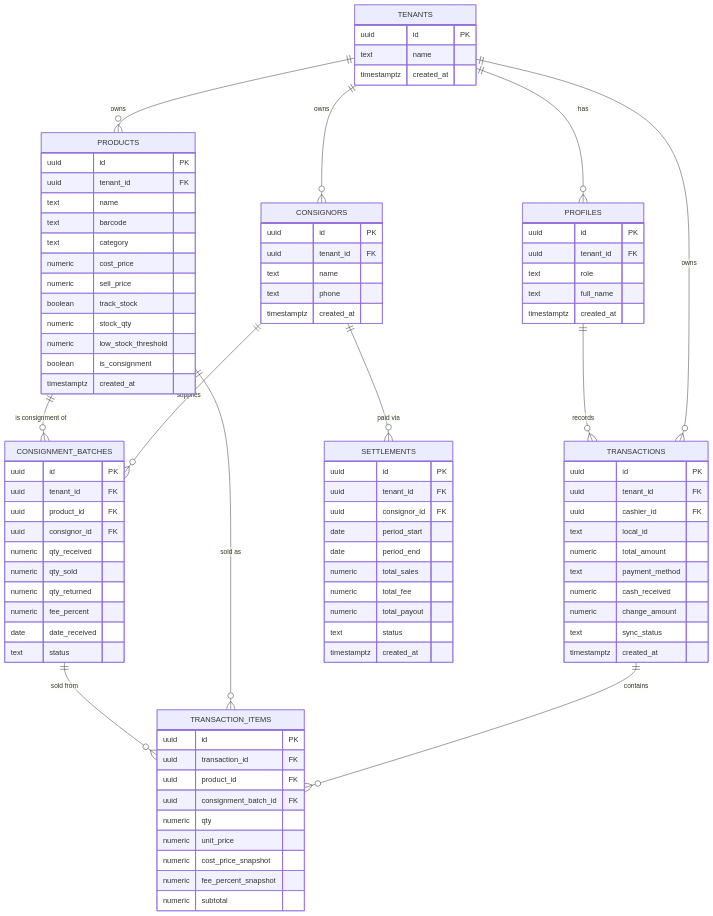
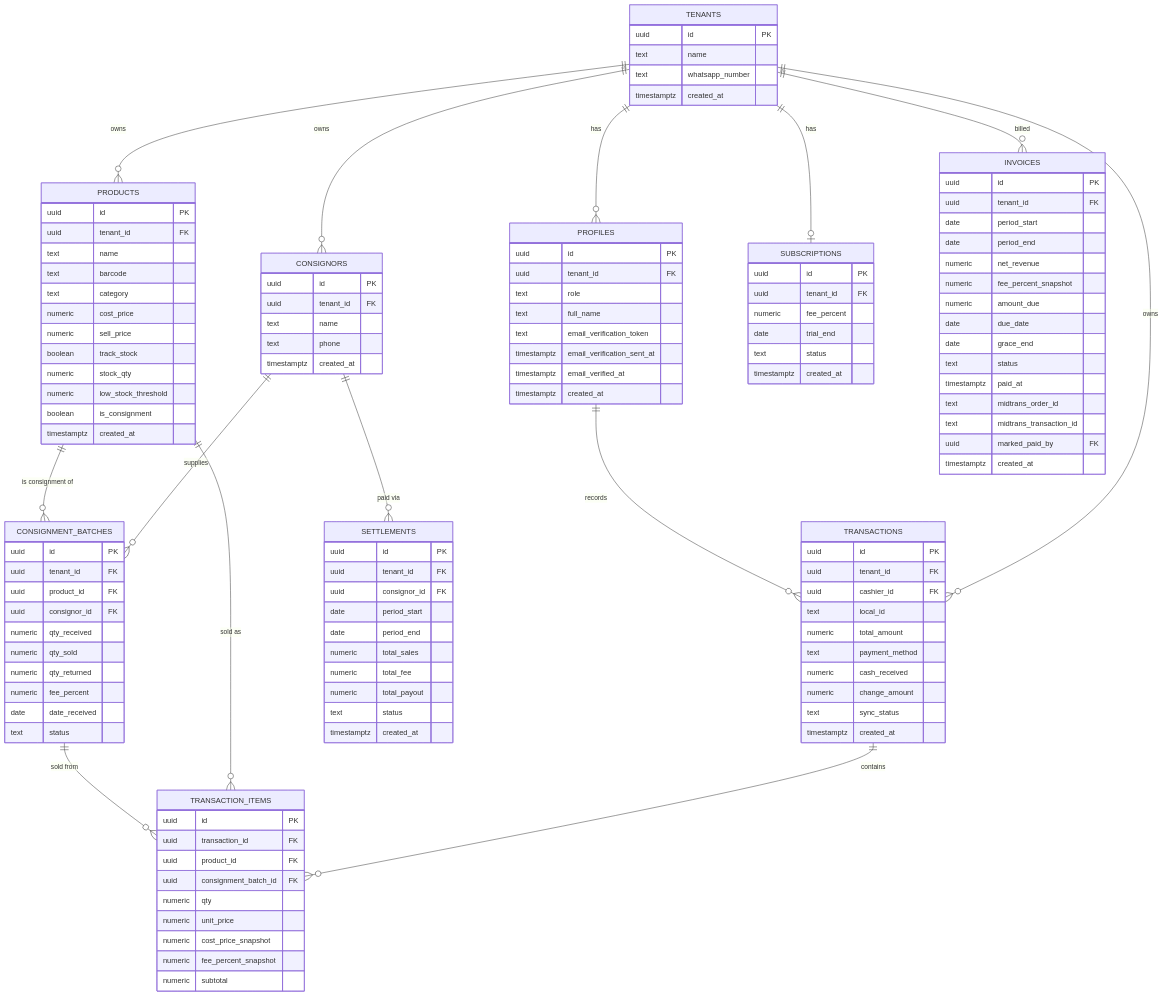
One commit to Taufiq26/MitraTitip changed the diagram in docs/core/database.md. Above: the diagram before and after it, drawn with Mermaid. The commit also changed other lines of this file and 18 other files, not shown here.

First line of the commit message:
feat: phase 8 — WA registration, email verification & billing foundation

````diff
--- a/docs/core/database.md
+++ b/docs/core/database.md
@@ -15,10 +15,13 @@
     PRODUCTS ||--o{ TRANSACTION_ITEMS : "sold as"
     CONSIGNMENT_BATCHES ||--o{ TRANSACTION_ITEMS : "sold from"
     CONSIGNORS ||--o{ SETTLEMENTS : "paid via"
+    TENANTS ||--o| SUBSCRIPTIONS : has
+    TENANTS ||--o{ INVOICES : billed
 
     TENANTS {
         uuid id PK
         text name
+        text whatsapp_number
         timestamptz created_at
     }
     PROFILES {
@@ -26,6 +29,9 @@
         uuid tenant_id FK
         text role
         text full_name
+        text email_verification_token
+        timestamptz email_verification_sent_at
+        timestamptz email_verified_at
         timestamptz created_at
     }
     PRODUCTS {
@@ -96,4 +102,29 @@
         text status
         timestamptz created_at
     }
+    SUBSCRIPTIONS {
+        uuid id PK
+        uuid tenant_id FK
+        numeric fee_percent
+        date trial_end
+        text status
+        timestamptz created_at
+    }
+    INVOICES {
+        uuid id PK
+        uuid tenant_id FK
+        date period_start
+        date period_end
+        numeric net_revenue
+        numeric fee_percent_snapshot
+        numeric amount_due
+        date due_date
+        date grace_end
+        text status
+        timestamptz paid_at
+        text midtrans_order_id
+        text midtrans_transaction_id
+        uuid marked_paid_by FK
+        timestamptz created_at
+    }
 ```
````
